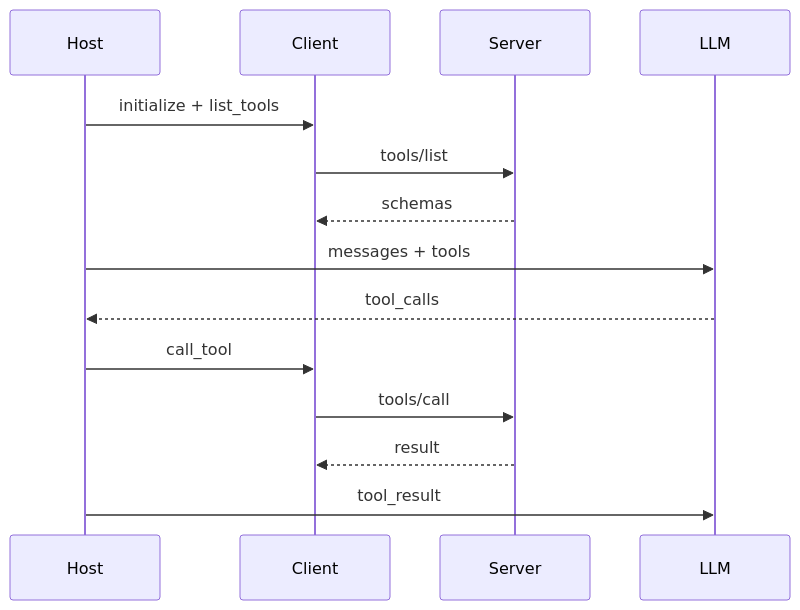
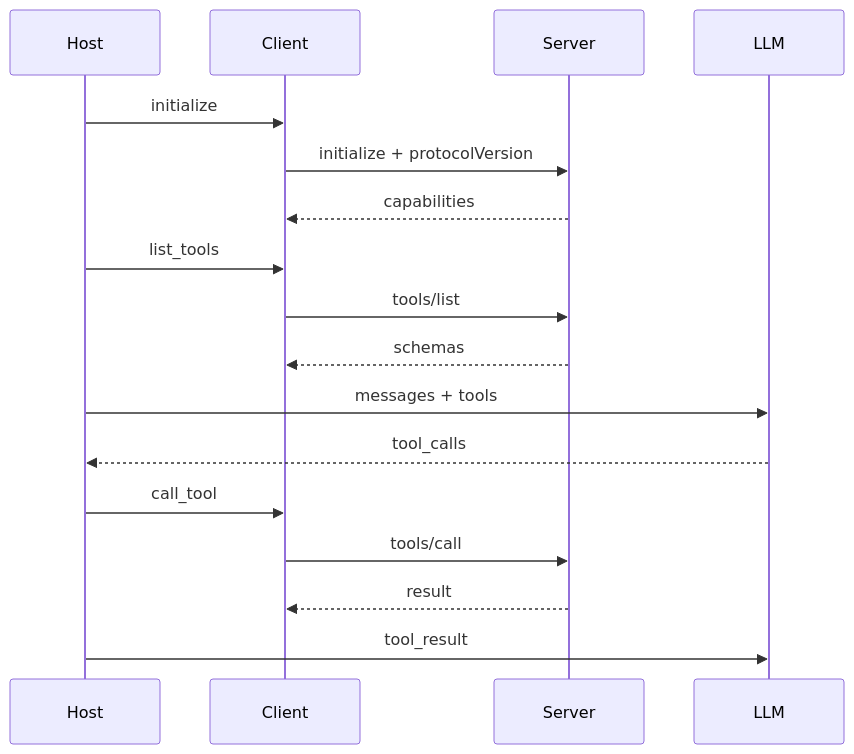
The fourth of 6 diagrams in 08-AI与智能运维/05-MCP协议/知识点.md (ml-cuizijun/LearnToLilith), drawn with Mermaid before and after one commit. The commit also changed other lines of this file and 178 other files, not shown here.

````diff
--- a/08-AI与智能运维/05-MCP协议/知识点.md
+++ b/08-AI与智能运维/05-MCP协议/知识点.md
@@ -142,16 +192,19 @@
 ```mermaid
 sequenceDiagram
     participant Host
     participant Client
     participant Server
     participant LLM
-    Host->>Client: initialize + list_tools
+    Host->>Client: initialize
+    Client->>Server: initialize + protocolVersion
+    Server-->>Client: capabilities
+    Host->>Client: list_tools
     Client->>Server: tools/list
     Server-->>Client: schemas
     Host->>LLM: messages + tools
     LLM-->>Host: tool_calls
     Host->>Client: call_tool
     Client->>Server: tools/call
     Server-->>Client: result
     Host->>LLM: tool_result
 ```
````
